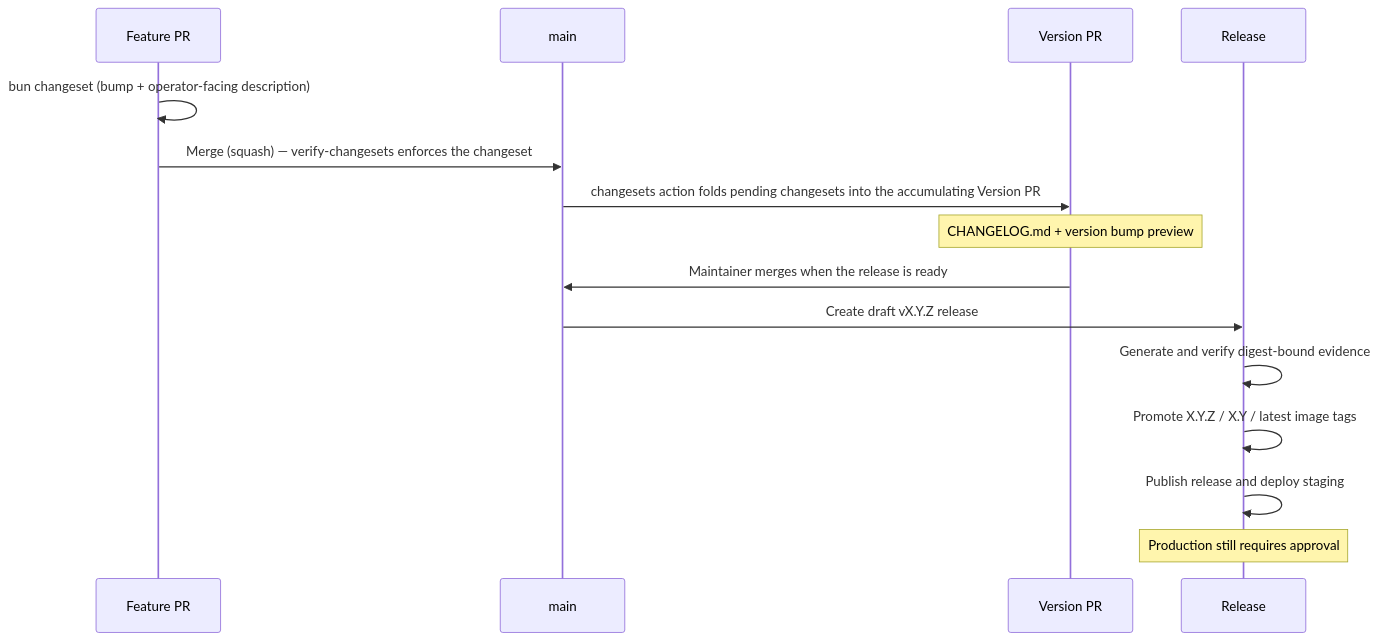
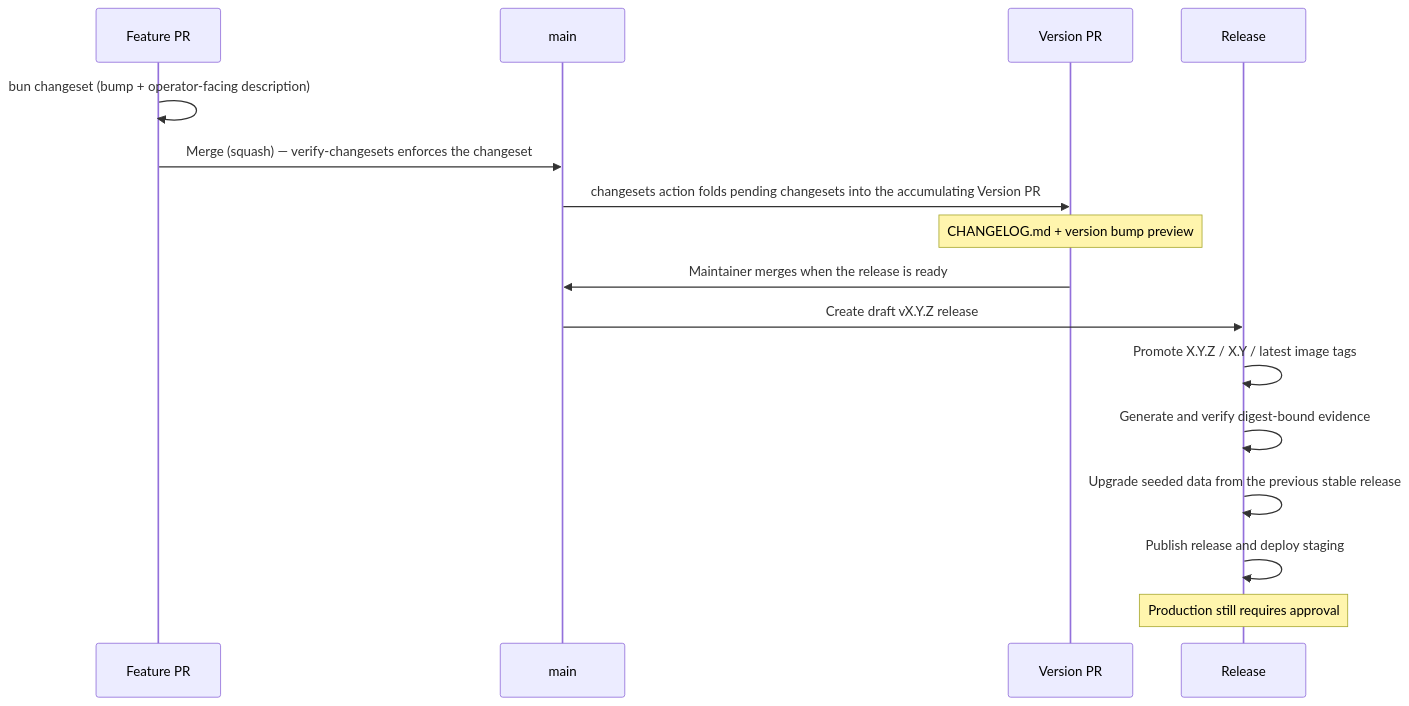
One commit to ls1intum/Hephaestus changed the diagram in docs/contributor/release-management.mdx. Above: the diagram before and after it, drawn with Mermaid. The commit also changed other lines of this file and 6 other files, not shown here.

Commit message:
ci(release): gate releases on seeded N-1 upgrades

````diff
--- a/docs/contributor/release-management.mdx
+++ b/docs/contributor/release-management.mdx
@@ -21,20 +21,21 @@
 ```mermaid
 sequenceDiagram
     accTitle: Changesets release workflow
     accDescr: Feature pull requests add changesets, the version pull request consumes them, and merging the version pull request publishes the release.
     participant PR as Feature PR
     participant M as main
     participant VP as Version PR
     participant R as Release
 
     PR->>PR: bun changeset (bump + operator-facing description)
     PR->>M: Merge (squash) — verify-changesets enforces the changeset
     M->>VP: changesets action folds pending changesets into the accumulating Version PR
     Note over VP: CHANGELOG.md + version bump preview
     VP->>M: Maintainer merges when the release is ready
     M->>R: Create draft vX.Y.Z release
+    R->>R: Promote X.Y.Z / X.Y / latest image tags
     R->>R: Generate and verify digest-bound evidence
-    R->>R: Promote X.Y.Z / X.Y / latest image tags
+    R->>R: Upgrade seeded data from the previous stable release
     R->>R: Publish release and deploy staging
     Note over R: Production still requires approval
 ```
````
